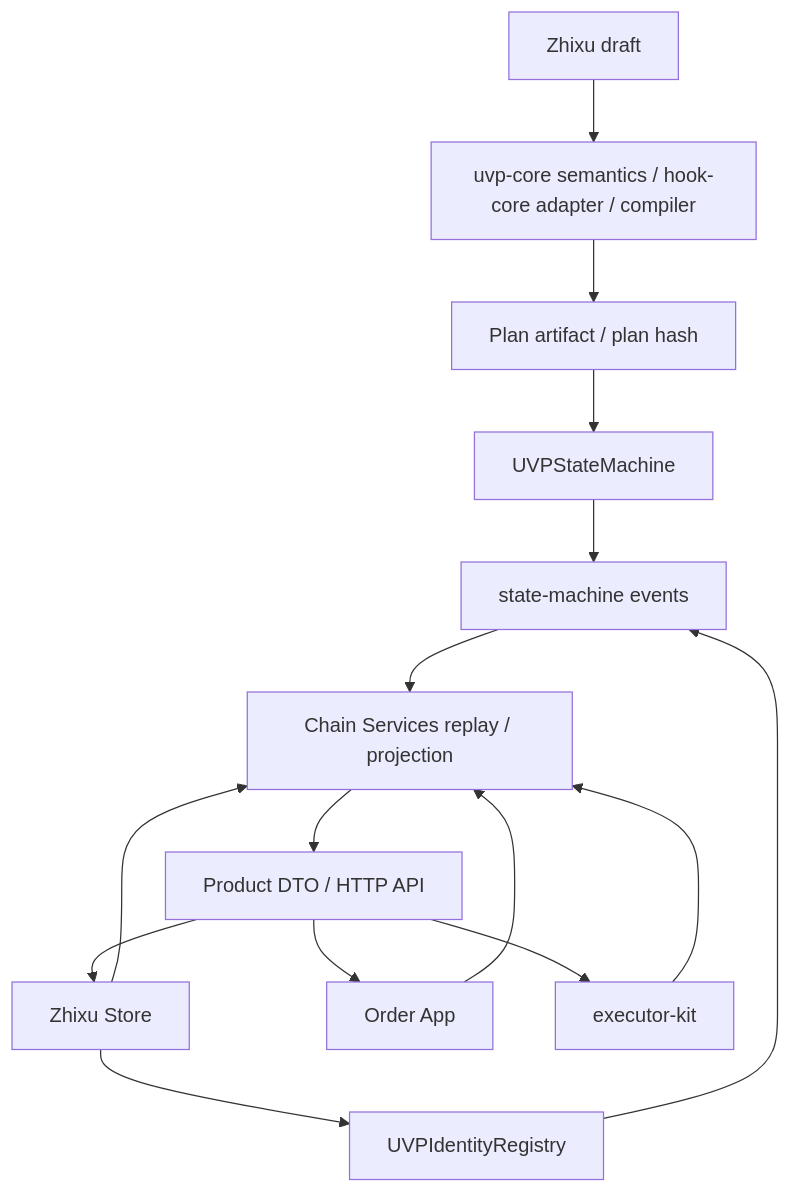
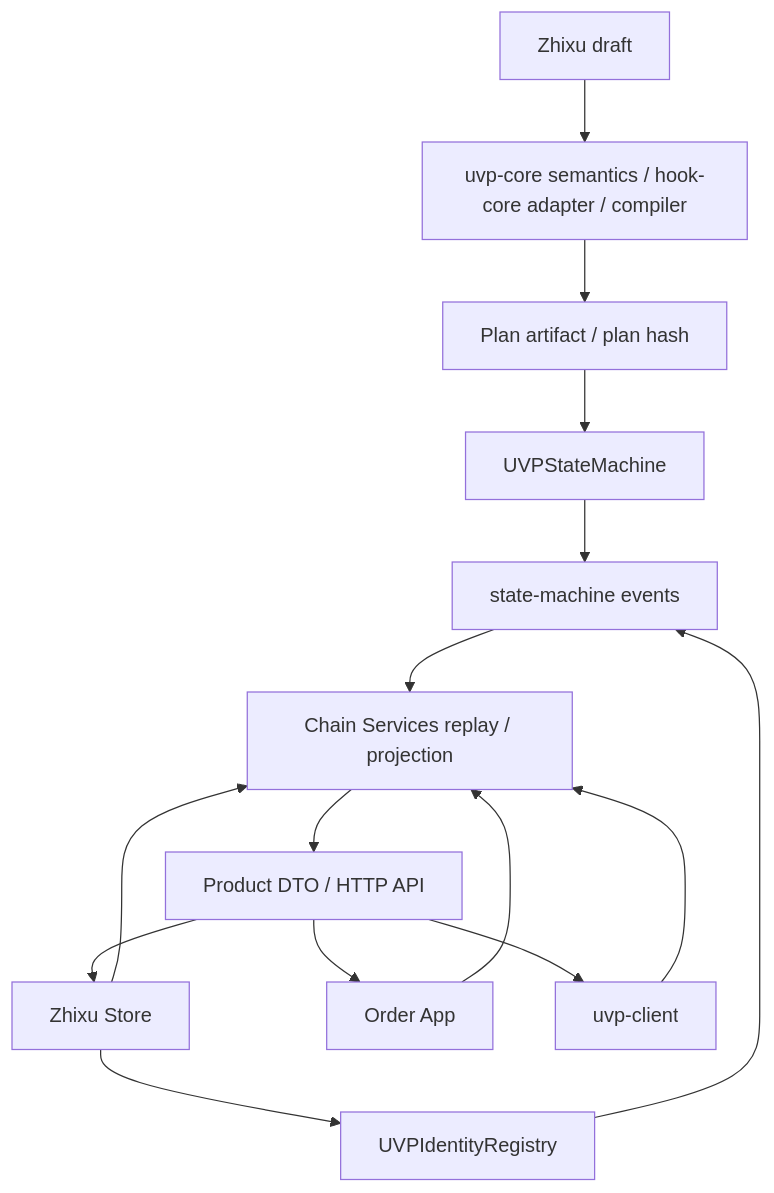
Before and after one commit to conucleus/uvp-wiki: the first of 2 diagrams in wiki/concepts/architecture.md, drawn with Mermaid. The commit also changed other lines of this file and 70 other files, not shown here.

Commit message:
docs: uvp-client/registry pages

````diff
--- a/wiki/concepts/architecture.md
+++ b/wiki/concepts/architecture.md
@@ -12,17 +12,17 @@
 ```mermaid
 flowchart TD
   Z["Zhixu draft"] --> HC["uvp-core semantics / hook-core adapter / compiler"]
   HC --> P["Plan artifact / plan hash"]
   Store --> IR["UVPIdentityRegistry"]
   P --> SM["UVPStateMachine"]
   IR --> EV["identity events"]
   SM --> EV["state-machine events"]
   EV --> CS["Chain Services replay / projection"]
   CS --> DTO["Product DTO / HTTP API"]
   DTO --> Store["Zhixu Store"]
   DTO --> OrderApp["Order App"]
-  DTO --> Exec["executor-kit"]
+  DTO --> Exec["uvp-client"]
   Store --> CS
   OrderApp --> CS
   Exec --> CS
 ```
````
